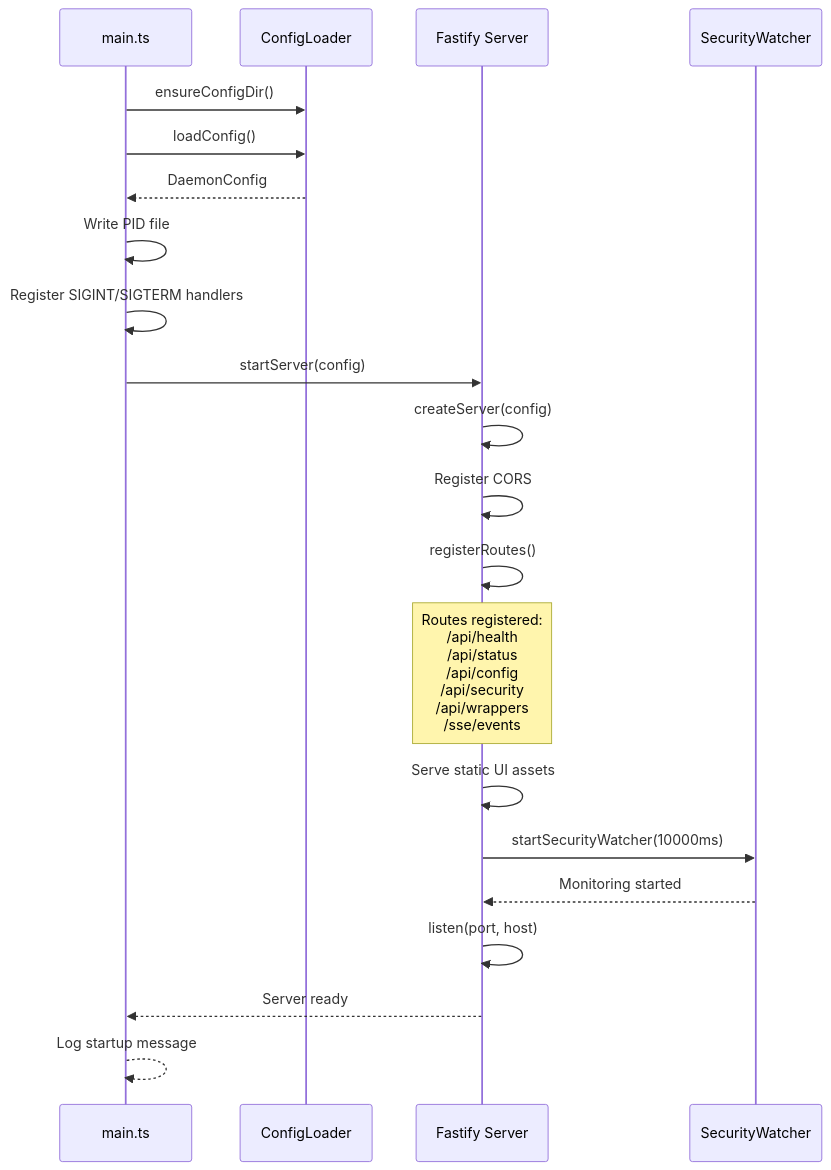
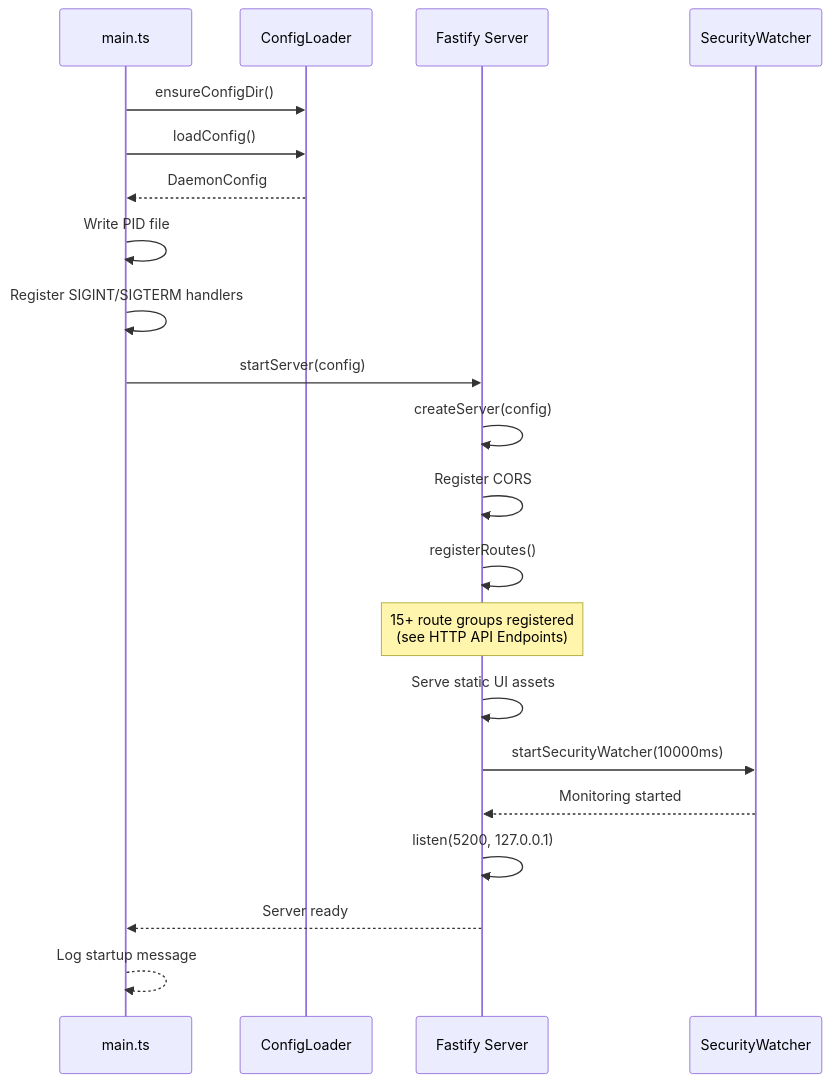
Before and after one commit to agen-co/agenshield: the fourth of 13 diagrams in ARCHITECTURE.md, drawn with Mermaid. The commit also changed other lines of this file and 89 other files, not shown here.

````diff
--- a/ARCHITECTURE.md
+++ b/ARCHITECTURE.md
@@ -219,31 +253,31 @@
 ```mermaid
 sequenceDiagram
     participant Main as main.ts
     participant Config as ConfigLoader
     participant Server as Fastify Server
     participant Watcher as SecurityWatcher
 
     Main->>Config: ensureConfigDir()
     Main->>Config: loadConfig()
     Config-->>Main: DaemonConfig
 
     Main->>Main: Write PID file
     Main->>Main: Register SIGINT/SIGTERM handlers
 
     Main->>Server: startServer(config)
     Server->>Server: createServer(config)
     Server->>Server: Register CORS
     Server->>Server: registerRoutes()
 
-    Note over Server: Routes registered:<br/>/api/health<br/>/api/status<br/>/api/config<br/>/api/security<br/>/api/wrappers<br/>/sse/events
+    Note over Server: 15+ route groups registered<br/>(see HTTP API Endpoints)
 
     Server->>Server: Serve static UI assets
 
     Server->>Watcher: startSecurityWatcher(10000ms)
     Watcher-->>Server: Monitoring started
 
-    Server->>Server: listen(port, host)
+    Server->>Server: listen(5200, 127.0.0.1)
     Server-->>Main: Server ready
 
     Main-->>Main: Log startup message
 ```
````
